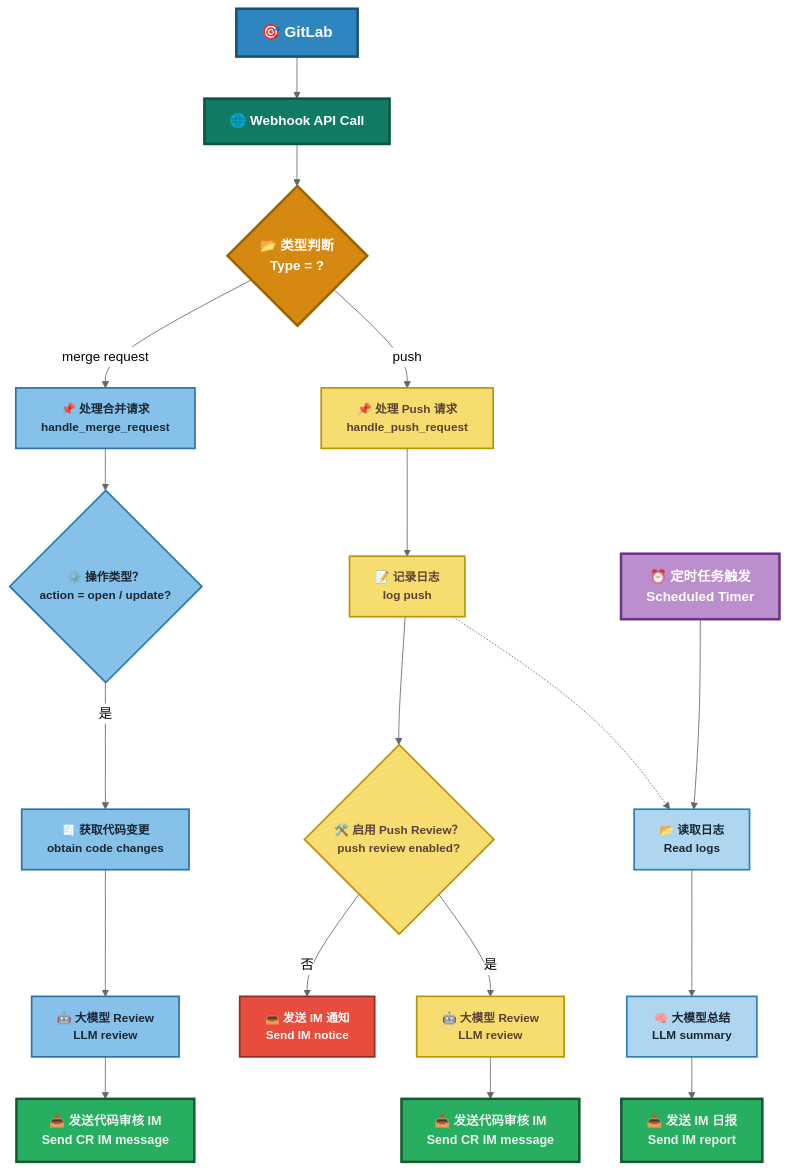
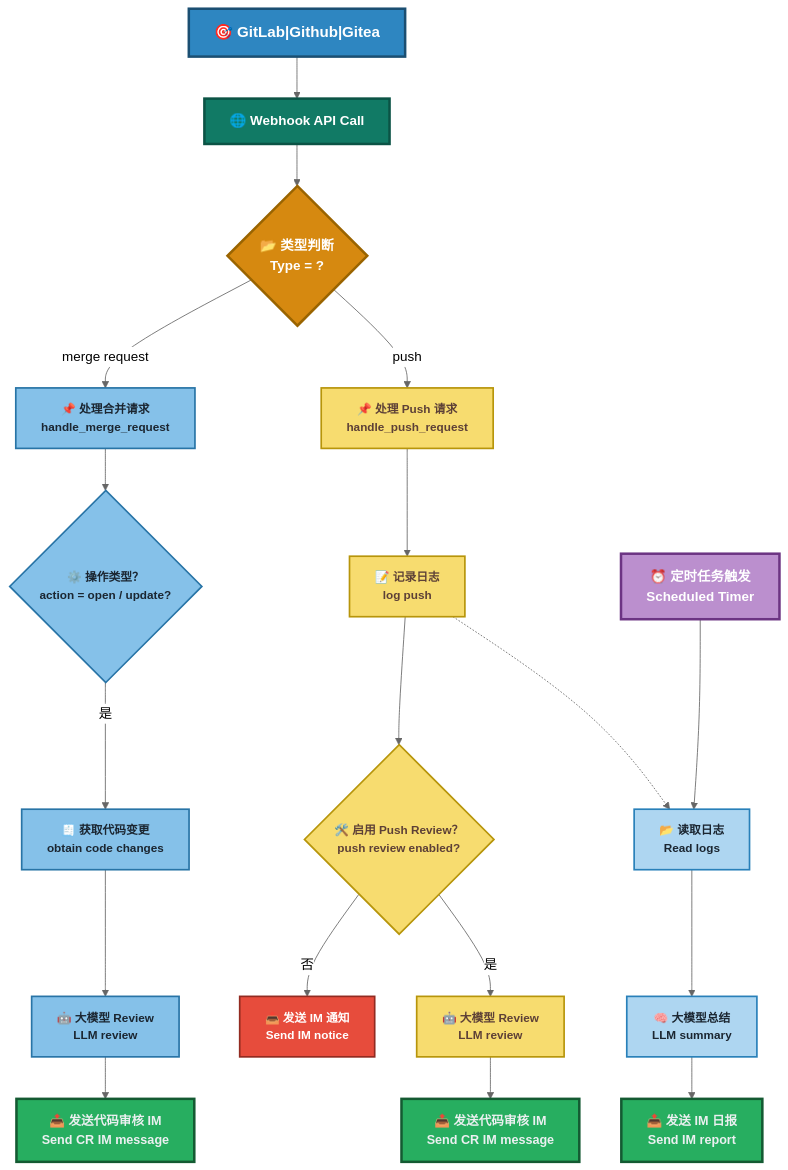
Before and after one commit to adminlove520/easy_aiReview: the diagram in PROCESS.md, drawn with Mermaid (neutral theme).

Commit message:
fix:优化mermaid图表

````diff
--- a/PROCESS.md
+++ b/PROCESS.md
@@ -1,55 +1,55 @@
 ```mermaid
 flowchart TD
-    A["🎯 GitLab"] --> B["🌐 Webhook API Call"]
+    A["🎯 GitLab|Github|Gitea"] --> B["🌐 Webhook API Call"]
     B --> C{"📂 类型判断<br/>Type = ?"}
     
     %% Merge Request 流程
     C -- "merge request" --> D["📌 处理合并请求<br/>handle_merge_request"]
     D --> E{"⚙️ 操作类型？<br/>action = open / update?"}
     E -- "是" --> F["🧾 获取代码变更<br/>obtain code changes"]
     F --> G["🤖 大模型 Review<br/>LLM review"]
     G --> H1["📤 发送代码审核 IM<br/>Send CR IM message"]
     
     %% Push 流程
     C -- "push" --> I["📌 处理 Push 请求<br/>handle_push_request"]
     I --> J["📝 记录日志<br/>log push"]
     J --> K{"🛠️ 启用 Push Review？<br/>push review enabled?"}
     K -- "否" --> L["📤 发送 IM 通知<br/>Send IM notice"]
     K -- "是" --> M["🤖 大模型 Review<br/>LLM review"]
     M --> H2["📤 发送代码审核 IM<br/>Send CR IM message"]
 
     %% 定时任务流程
     Z["⏰ 定时任务触发<br/>Scheduled Timer"] --> P["📂 读取日志<br/>Read logs"]
     P --> Q["🧠 大模型总结<br/>LLM summary"]
     Q --> H3["📤 发送 IM 日报<br/>Send IM report"]
 
     %% 虚线提示：日志来源
     J -.-> P
 
     %% 样式统一应用，避免遗漏
     style A fill:#2E86C1,stroke:#1B4F72,stroke-width:3px,color:#FFFFFF,font-weight:bold,font-size:18px
     style B fill:#117A65,stroke:#0B5345,stroke-width:3px,color:#FFFFFF,font-weight:bold,font-size:16px
     style C fill:#D68910,stroke:#9A6400,stroke-width:3px,color:#FFFFFF,font-weight:bold,font-size:16px
 
     style D fill:#85C1E9,stroke:#2874A6,stroke-width:2px,color:#1B2631,font-weight:bold,font-size:14px
     style E fill:#85C1E9,stroke:#2874A6,stroke-width:2px,color:#1B2631,font-weight:bold,font-size:14px
     style F fill:#85C1E9,stroke:#2874A6,stroke-width:2px,color:#1B2631,font-weight:bold,font-size:14px
     style G fill:#85C1E9,stroke:#2874A6,stroke-width:2px,color:#1B2631,font-weight:bold,font-size:14px
 
     style I fill:#F7DC6F,stroke:#B7950B,stroke-width:2px,color:#5D4037,font-weight:bold,font-size:14px
     style J fill:#F7DC6F,stroke:#B7950B,stroke-width:2px,color:#5D4037,font-weight:bold,font-size:14px
     style K fill:#F7DC6F,stroke:#B7950B,stroke-width:2px,color:#5D4037,font-weight:bold,font-size:14px
     style M fill:#F7DC6F,stroke:#B7950B,stroke-width:2px,color:#5D4037,font-weight:bold,font-size:14px
 
     style P fill:#AED6F1,stroke:#2980B9,stroke-width:2px,color:#1B2631,font-weight:bold,font-size:14px
     style Q fill:#AED6F1,stroke:#2980B9,stroke-width:2px,color:#1B2631,font-weight:bold,font-size:14px
 
     style H1 fill:#27AE60,stroke:#145A32,stroke-width:3px,color:#ECF0F1,font-weight:bold,font-size:15px
     style H2 fill:#27AE60,stroke:#145A32,stroke-width:3px,color:#ECF0F1,font-weight:bold,font-size:15px
     style H3 fill:#27AE60,stroke:#145A32,stroke-width:3px,color:#ECF0F1,font-weight:bold,font-size:15px
 
     style L fill:#E74C3C,stroke:#922B21,stroke-width:2px,color:#FFFFFF,font-weight:bold,font-size:14px
 
     style Z fill:#BB8FCE,stroke:#6C3483,stroke-width:3px,color:#FFFFFF,font-weight:bold,font-size:16px
 
 ```
````
